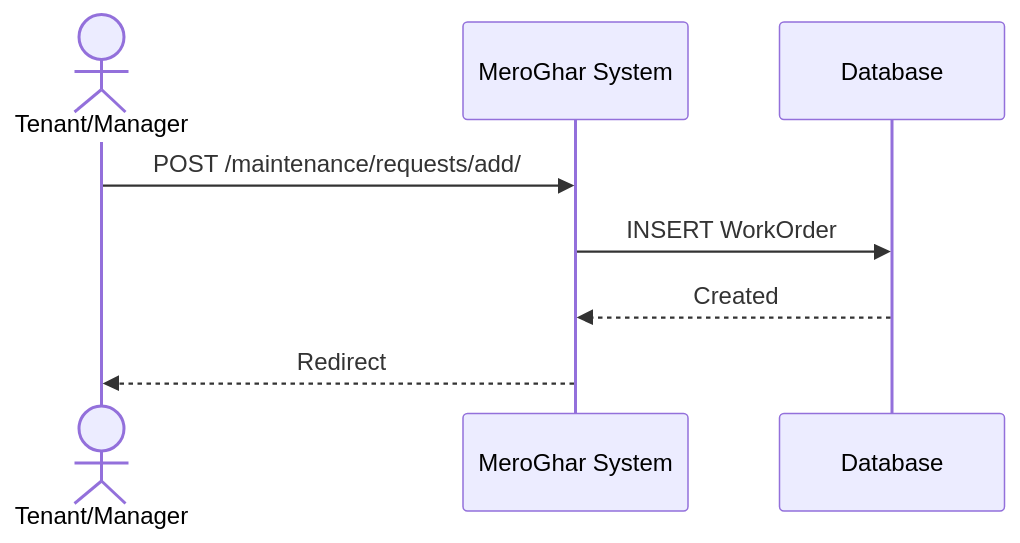
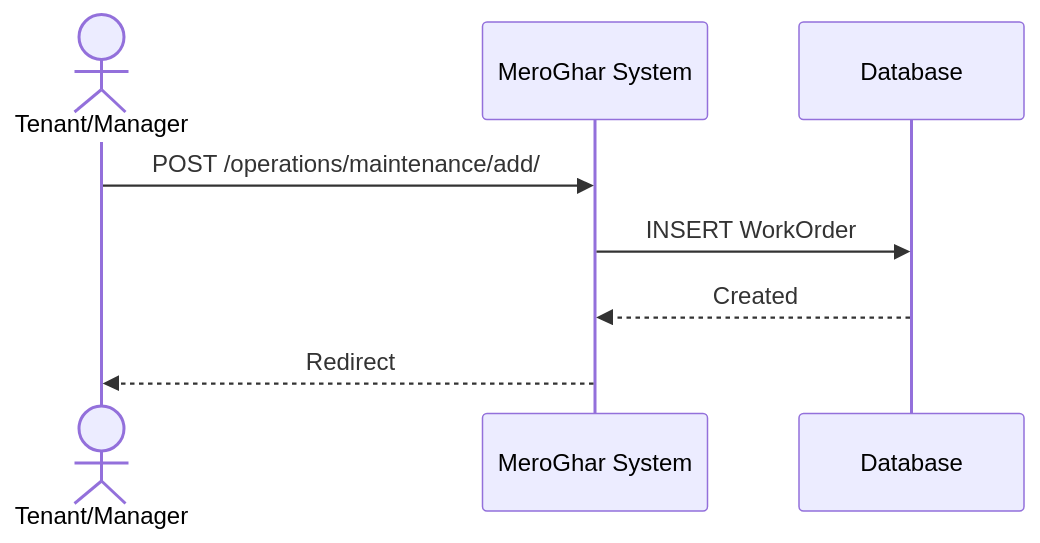
One commit to 0Ankit0/meroghar changed the second of 3 diagrams in docs/workflows/work_order.md. Above: the diagram before and after it, drawn with Mermaid. The commit also changed other lines of this file and 12 other files, not shown here.

````diff
--- a/docs/workflows/work_order.md
+++ b/docs/workflows/work_order.md
@@ -35,11 +35,11 @@
 ```mermaid
 sequenceDiagram
     actor User as Tenant/Manager
     participant System as MeroGhar System
     participant DB as Database
 
-    User->>System: POST /maintenance/requests/add/
+    User->>System: POST /operations/maintenance/add/
     System->>DB: INSERT WorkOrder
     DB-->>System: Created
     System-->>User: Redirect
 ```
````
